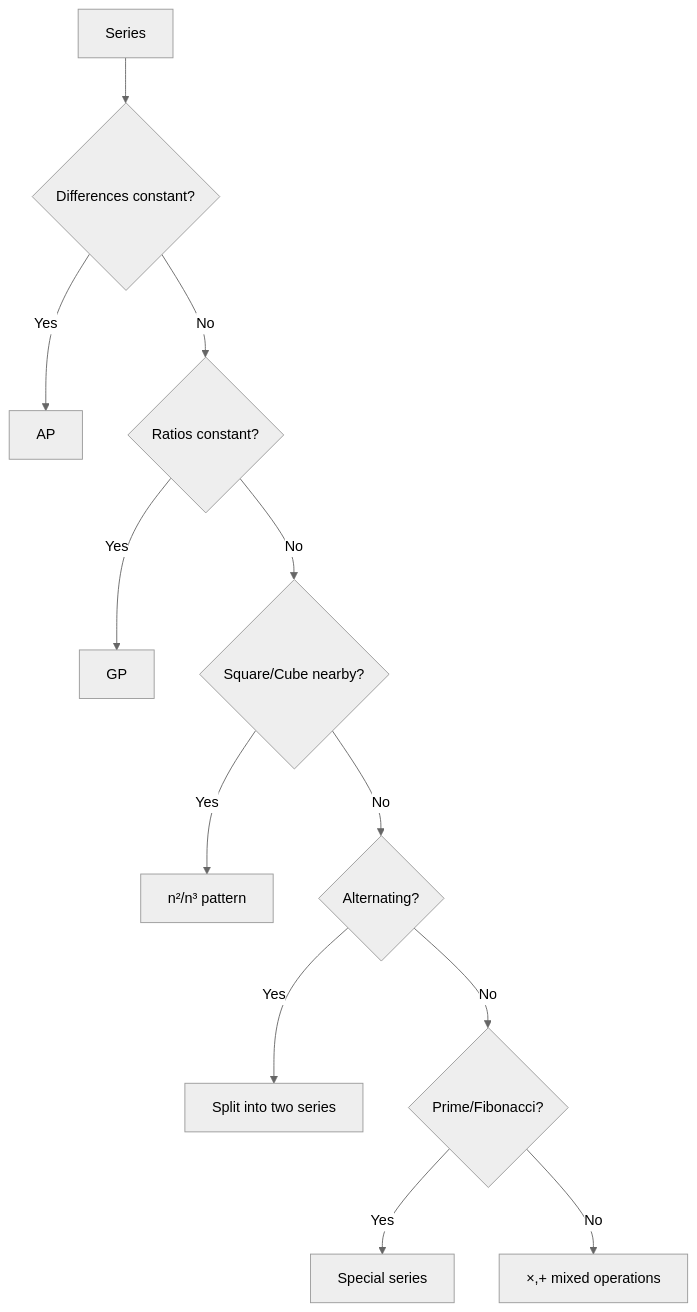
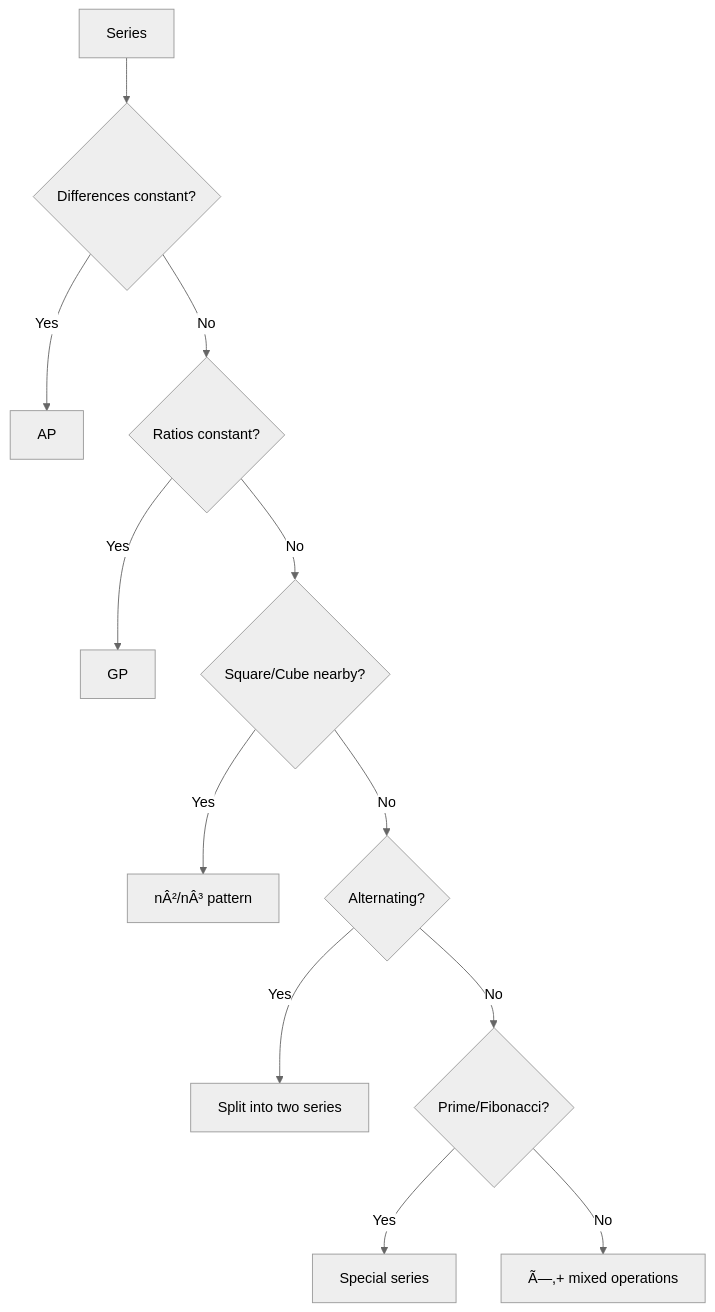
Before and after one commit to Raushan666java/ai-engineering-journey: the fourth of 6 diagrams in docs/courses/quantitative-aptitude/04-number-series.md, drawn with Mermaid (neutral theme). The commit also changed other lines of this file and 735 other files, not shown here.

````diff
--- a/docs/courses/quantitative-aptitude/04-number-series.md
+++ b/docs/courses/quantitative-aptitude/04-number-series.md
@@ -512,14 +512,14 @@
 ```mermaid
 flowchart TD
     A["Series"] --> B{Differences constant?}
     B -->|Yes| C["AP"]
     B -->|No| D{Ratios constant?}
     D -->|Yes| E["GP"]
     D -->|No| F{Square/Cube nearby?}
-    F -->|Yes| G["n²/n³ pattern"]
+    F -->|Yes| G["nÂ²/nÂ³ pattern"]
     F -->|No| H{Alternating?}
     H -->|Yes| I["Split into two series"]
     H -->|No| J{Prime/Fibonacci?}
     J -->|Yes| K["Special series"]
-    J -->|No| L["×,+ mixed operations"]
+    J -->|No| L["Ã—,+ mixed operations"]
 ```
````
